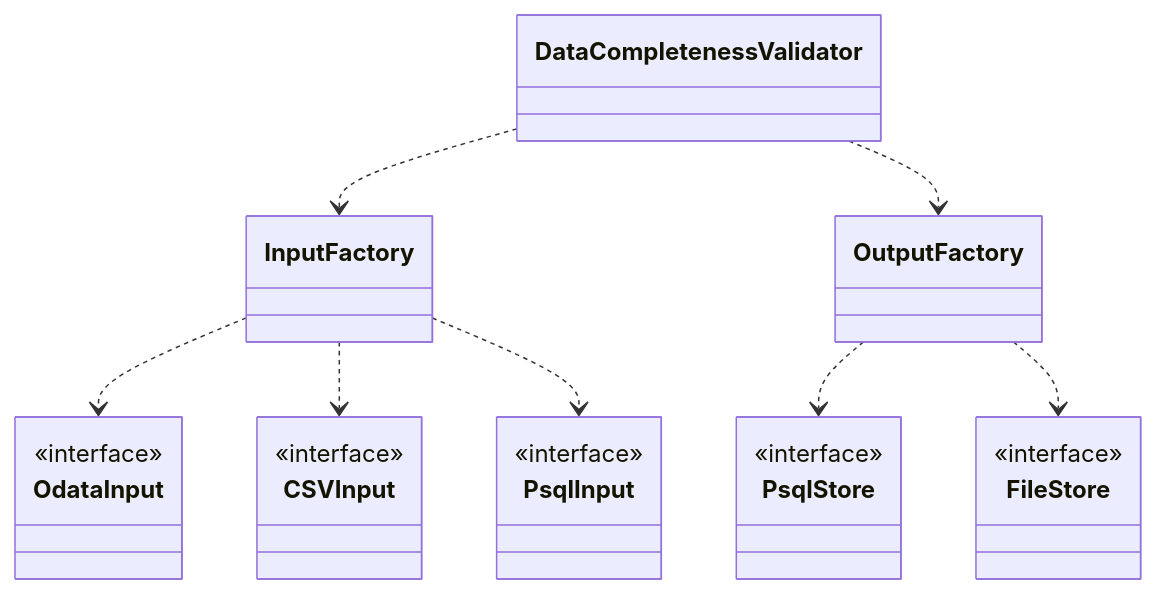
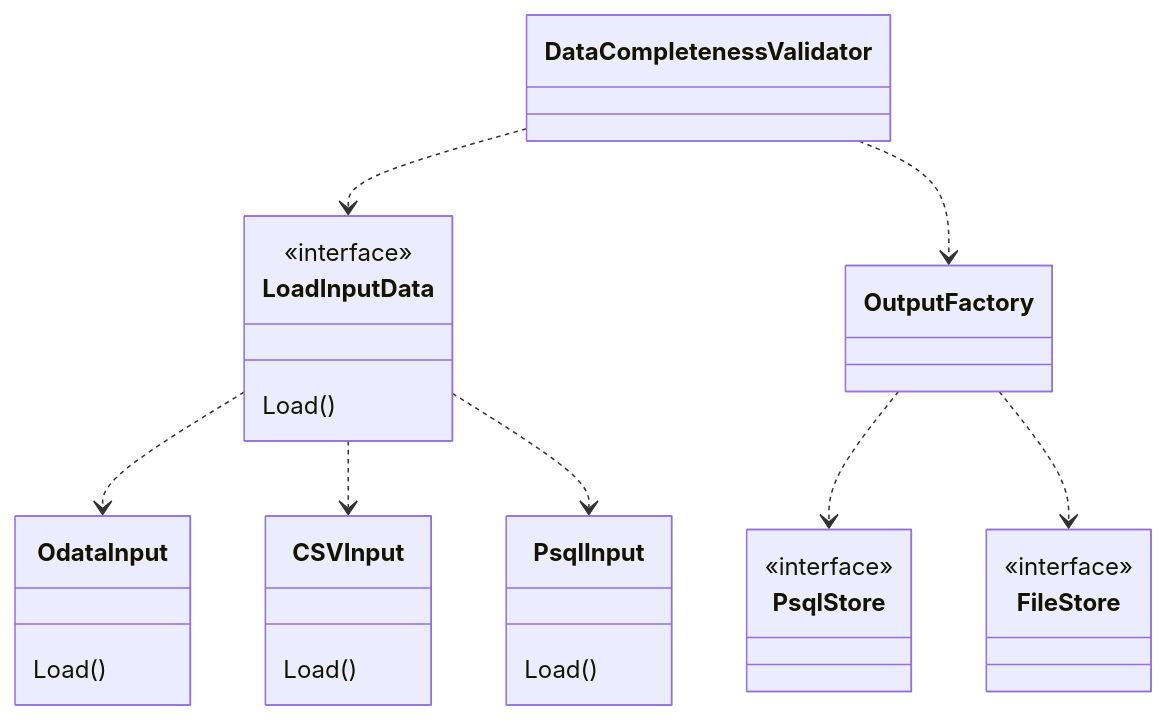
Before and after one commit to pawelmarkowski/gocloak-retry-channels: the second of 3 diagrams in README.md, drawn with Mermaid. The commit also changed other lines of this file, not shown here.

````diff
--- a/README.md
+++ b/README.md
@@ -51,43 +92,44 @@
 ```mermaid
 classDiagram
 
 class OdataInput{
-    <<interface>>
+    Load()
 }
 
 class CSVInput{
-    <<interface>>
+    Load()
 }
 
 class PsqlInput{
-    <<interface>>
+    Load()
 }
 
-class InputFactory{
-    
+class LoadInputData{
+    <<interface>>
+    Load()
 }
 
 class DataCompletenessValidator{
     
 }
 
 
 class OutputFactory {
     
 }
 
 class PsqlStore{
     <<interface>>
 }
 
 class FileStore{
     <<interface>>
 }
-DataCompletenessValidator ..> InputFactory
-InputFactory ..> OdataInput
-InputFactory ..> CSVInput
-InputFactory ..> PsqlInput
+DataCompletenessValidator ..> LoadInputData
+LoadInputData ..> OdataInput
+LoadInputData ..> CSVInput
+LoadInputData ..> PsqlInput
 DataCompletenessValidator ..> OutputFactory
 OutputFactory ..> PsqlStore
 OutputFactory ..> FileStore
 ```
````
